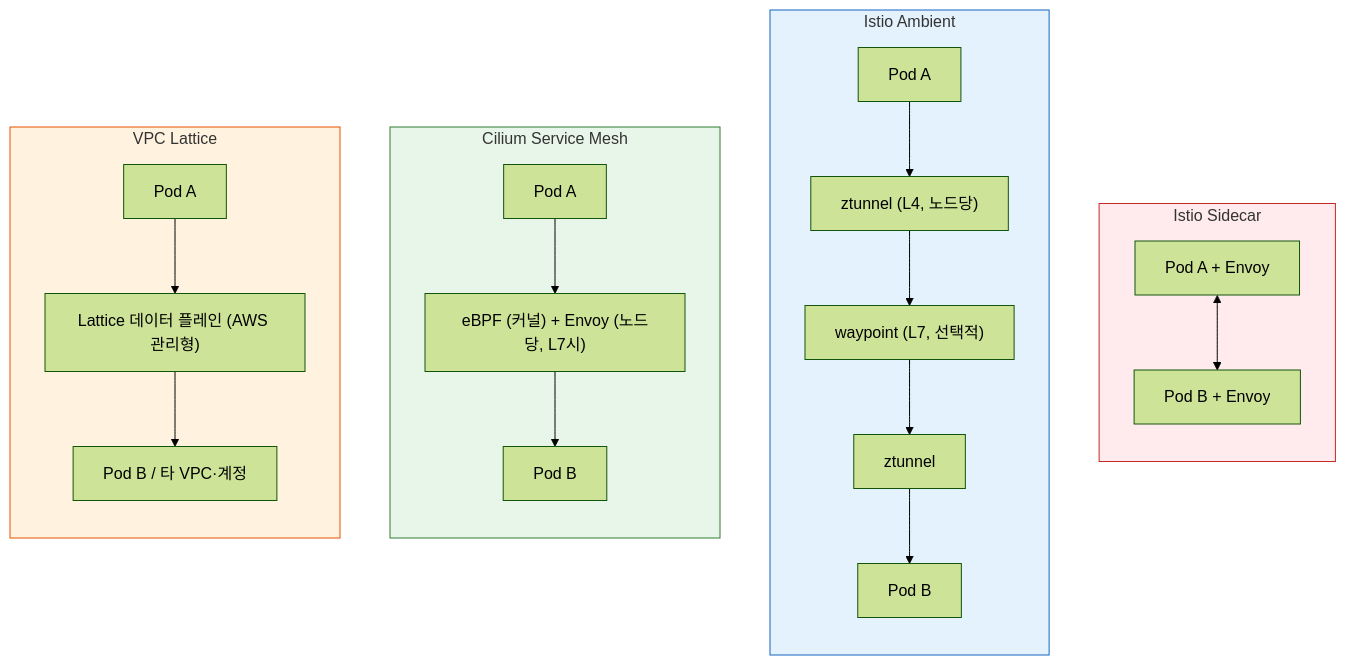
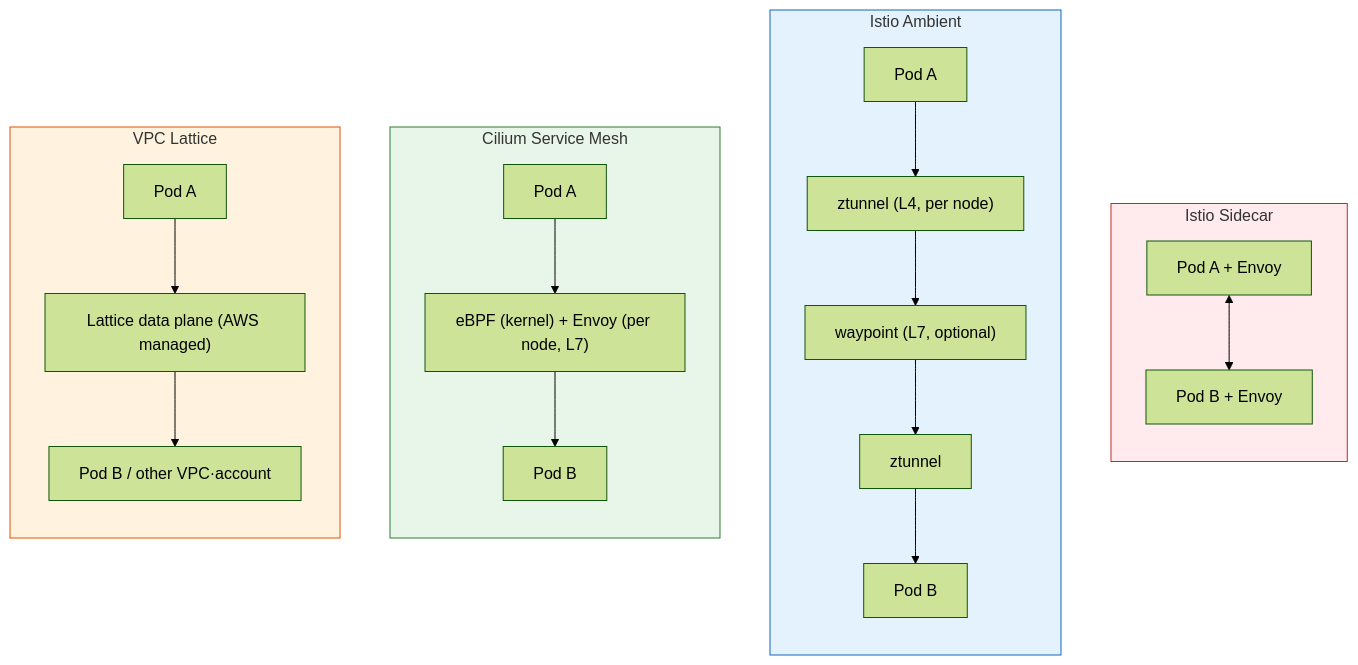
One commit to devfloor9/engineering-playbook changed the first of 2 diagrams in docs/eks-best-practices/networking-performance/service-mesh/index.md. Above: the diagram before and after it, drawn with Mermaid (forest theme). The commit also changed other lines of this file and 954 other files, not shown here.

````diff
--- a/docs/eks-best-practices/networking-performance/service-mesh/index.md
+++ b/docs/eks-best-practices/networking-performance/service-mesh/index.md
@@ -77,29 +77,29 @@
 ```mermaid
 flowchart TB
     subgraph istio_sc["Istio Sidecar"]
         direction TB
         a1["Pod A + Envoy"] <--> b1["Pod B + Envoy"]
     end
     subgraph istio_amb["Istio Ambient"]
         direction TB
-        a2["Pod A"] --> zt1["ztunnel (L4, 노드당)"]
-        zt1 --> wp["waypoint (L7, 선택적)"]
+        a2["Pod A"] --> zt1["ztunnel (L4, per node)"]
+        zt1 --> wp["waypoint (L7, optional)"]
         wp --> zt2["ztunnel"]
         zt2 --> b2["Pod B"]
     end
     subgraph cilium["Cilium Service Mesh"]
         direction TB
-        a3["Pod A"] --> ebpf["eBPF (커널) + Envoy (노드당, L7시)"]
+        a3["Pod A"] --> ebpf["eBPF (kernel) + Envoy (per node, L7)"]
         ebpf --> b3["Pod B"]
     end
     subgraph lattice["VPC Lattice"]
         direction TB
-        a4["Pod A"] --> lat["Lattice 데이터 플레인 (AWS 관리형)"]
-        lat --> b4["Pod B / 타 VPC·계정"]
+        a4["Pod A"] --> lat["Lattice data plane (AWS managed)"]
+        lat --> b4["Pod B / other VPC·account"]
     end
 
     style istio_sc fill:#ffebee,stroke:#c62828
     style istio_amb fill:#e3f2fd,stroke:#1565c0
     style cilium fill:#e8f5e9,stroke:#2e7d32
     style lattice fill:#fff3e0,stroke:#e65100
 ```
````
